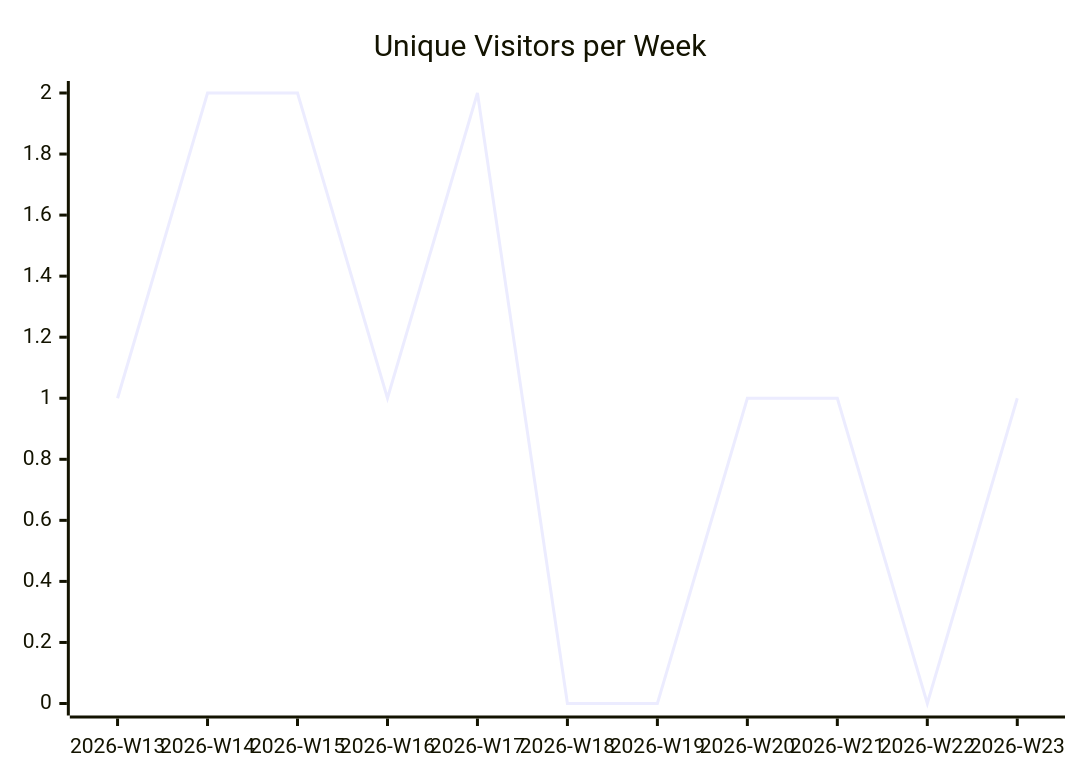
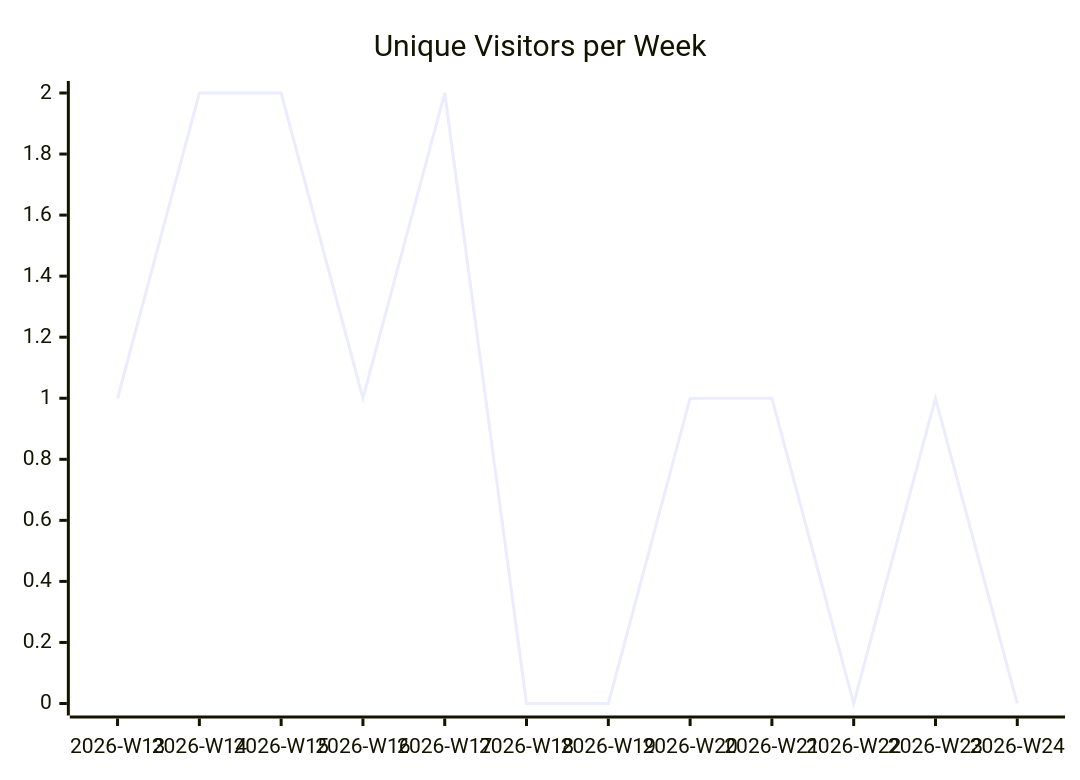
One commit to justdavis-family/github-analytics-data changed the first of 3 diagrams in karlmdavis/fhir-benchmarks/README.md. Above: the diagram before and after it, drawn with Mermaid. The commit also changed other lines of this file and 189 other files, not shown here.

````diff
--- a/karlmdavis/fhir-benchmarks/README.md
+++ b/karlmdavis/fhir-benchmarks/README.md
@@ -5,6 +5,6 @@
 ```mermaid
 xychart-beta
   title "Unique Visitors per Week"
-  x-axis ["2026-W13", "2026-W14", "2026-W15", "2026-W16", "2026-W17", "2026-W18", "2026-W19", "2026-W20", "2026-W21", "2026-W22", "2026-W23"]
-  line [1, 2, 2, 1, 2, 0, 0, 1, 1, 0, 1]
+  x-axis ["2026-W13", "2026-W14", "2026-W15", "2026-W16", "2026-W17", "2026-W18", "2026-W19", "2026-W20", "2026-W21", "2026-W22", "2026-W23", "2026-W24"]
+  line [1, 2, 2, 1, 2, 0, 0, 1, 1, 0, 1, 0]
 ```
````
